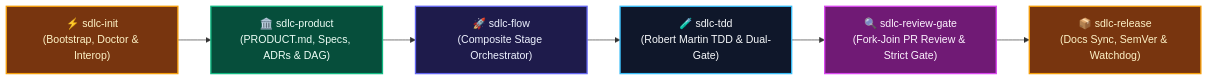
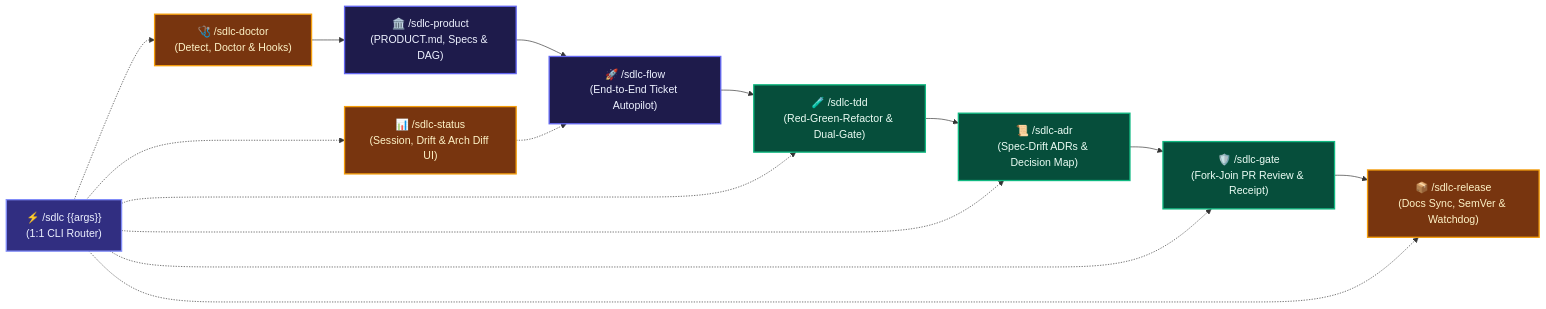
One commit to fmatar/sealit changed the diagram in wiki/Skills-Reference.md. Above: the diagram before and after it, drawn with Mermaid. The commit also changed other lines of this file and 22 other files, not shown here.

Commit message:
feat(skills): introduce /sdlc router + 8 verb skills and retire sdlc-init/sdlc-review-gate (#81) (#82)

````diff
--- a/wiki/Skills-Reference.md
+++ b/wiki/Skills-Reference.md
@@ -9,14 +9,17 @@
 ```mermaid
 flowchart LR
-    classDef orch fill:#1E1B4B,stroke:#6366F1,stroke-width:2px,color:#EEF2FF
-    classDef spec fill:#064E3B,stroke:#10B981,stroke-width:2px,color:#ECFDF5
-    classDef code fill:#0F172A,stroke:#38BDF8,stroke-width:2px,color:#F8FAFC
-    classDef gate fill:#701A75,stroke:#D946EF,stroke-width:2px,color:#FDF4FF
-    classDef ops fill:#78350F,stroke:#F59E0B,stroke-width:2px,color:#FEF3C7
+    classDef router fill:#312e81,stroke:#818cf8,stroke-width:2px,color:#eef2ff
+    classDef macro fill:#1e1b4b,stroke:#6366f1,stroke-width:2px,color:#eef2ff
+    classDef ops fill:#78350f,stroke:#f59e0b,stroke-width:2px,color:#fef3c7
+    classDef stage fill:#064e3b,stroke:#10b981,stroke-width:2px,color:#ecfdf5
 
-    Init["⚡ sdlc-init\n(Bootstrap, Doctor & Interop)"]:::ops --> Product["🏛️ sdlc-product\n(PRODUCT.md, Specs, ADRs & DAG)"]:::spec
-    Product --> Flow["🚀 sdlc-flow\n(Composite Stage Orchestrator)"]:::orch
-    Flow --> TDD["🧪 sdlc-tdd\n(Robert Martin TDD & Dual-Gate)"]:::code
-    TDD --> ReviewGate["🔍 sdlc-review-gate\n(Fork-Join PR Review & Strict Gate)"]:::gate
-    ReviewGate --> Release["📦 sdlc-release\n(Docs Sync, SemVer & Watchdog)"]:::ops
+    Router["⚡ /sdlc {{args}}<br/>(1:1 CLI Router)"]:::router
+    Doctor["🩺 /sdlc-doctor<br/>(Detect, Doctor & Hooks)"]:::ops --> Product["🏛️ /sdlc-product<br/>(PRODUCT.md, Specs & DAG)"]:::macro
+    Product --> Flow["🚀 /sdlc-flow<br/>(End-to-End Ticket Autopilot)"]:::macro
+    Flow --> TDD["🧪 /sdlc-tdd<br/>(Red-Green-Refactor & Dual-Gate)"]:::stage
+    TDD --> ADR["📜 /sdlc-adr<br/>(Spec-Drift ADRs & Decision Map)"]:::stage
+    ADR --> Gate["🛡️ /sdlc-gate<br/>(Fork-Join PR Review & Receipt)"]:::stage
+    Gate --> Release["📦 /sdlc-release<br/>(Docs Sync, SemVer & Watchdog)"]:::ops
+    Status["📊 /sdlc-status<br/>(Session, Drift & Arch Diff UI)"]:::ops -.-> Flow
+    Router -.-> Doctor & Status & TDD & ADR & Gate & Release
 ```
````
